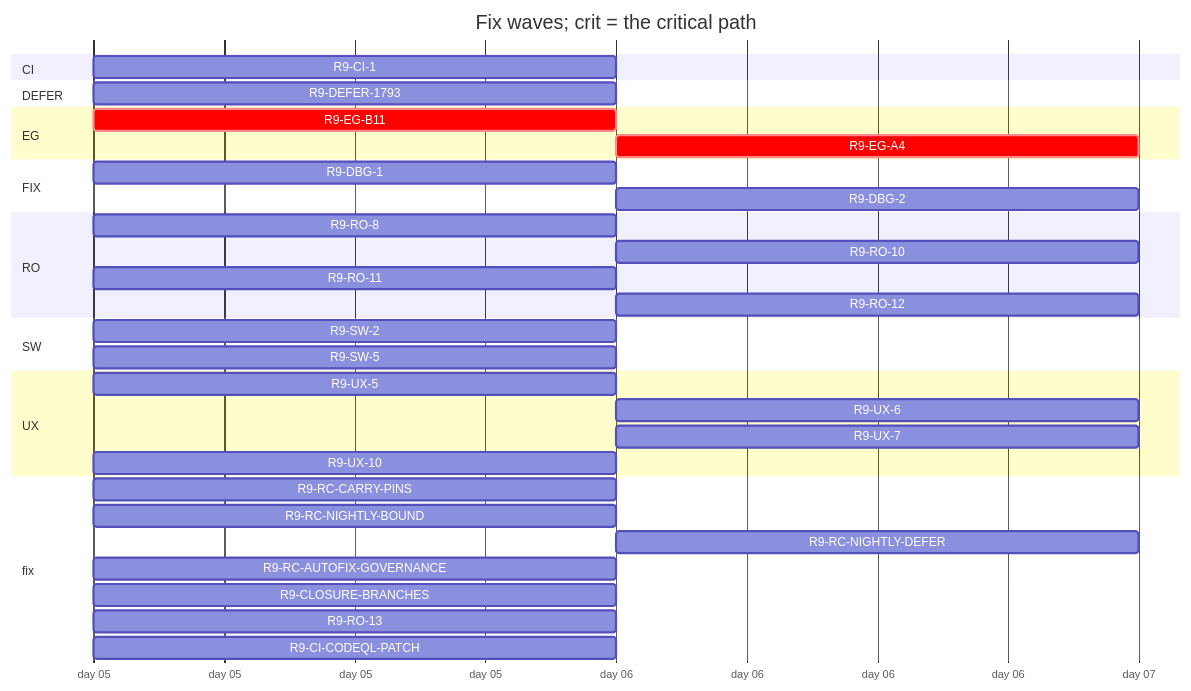
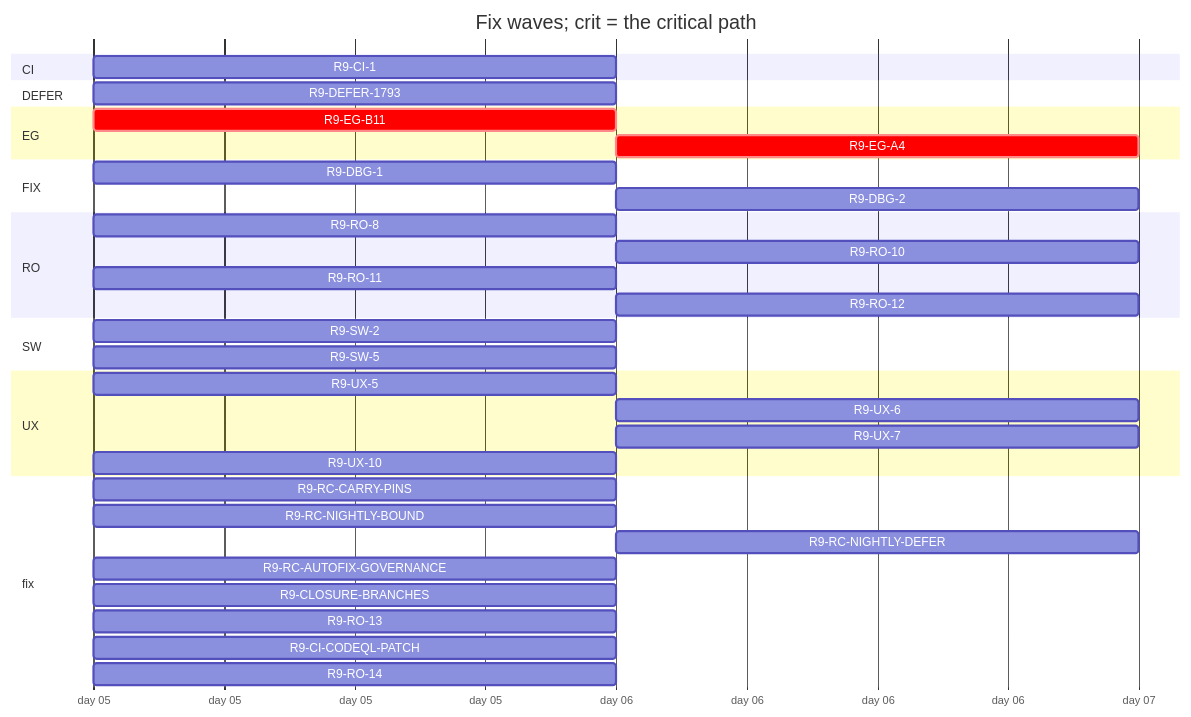
The diagram in handoff/round9/state/PLAN-TABLE.md (tvofi/heatpump_optimizer), drawn with Mermaid before and after one commit. The commit also changed other lines of this file and 2 other files, not shown here.

````diff
--- a/handoff/round9/state/PLAN-TABLE.md
+++ b/handoff/round9/state/PLAN-TABLE.md
@@ -21,37 +21,38 @@
 ```mermaid
 gantt
   title Fix waves; crit = the critical path
   dateFormat YYYY-MM-DD
   axisFormat day %d
   section CI
     R9-CI-1 :r9CI1, 2026-01-05, 1d
   section DEFER
     R9-DEFER-1793 :r9DEFER1793, 2026-01-05, 1d
   section EG
     R9-EG-B11 :crit, r9EGB11, 2026-01-05, 1d
     R9-EG-A4 :crit, r9EGA4, after r9EGB11, 1d
   section FIX
     R9-DBG-1 :r9DBG1, 2026-01-05, 1d
     R9-DBG-2 :r9DBG2, after r9DBG1, 1d
   section RO
     R9-RO-8 :r9RO8, 2026-01-05, 1d
     R9-RO-10 :r9RO10, after r9RO8, 1d
     R9-RO-11 :r9RO11, 2026-01-05, 1d
     R9-RO-12 :r9RO12, after r9CI1, 1d
   section SW
     R9-SW-2 :r9SW2, 2026-01-05, 1d
     R9-SW-5 :r9SW5, 2026-01-05, 1d
   section UX
     R9-UX-5 :r9UX5, 2026-01-05, 1d
     R9-UX-6 :r9UX6, after r9EGB11 r9UX5, 1d
     R9-UX-7 :r9UX7, after r9EGB11 r9UX5, 1d
     R9-UX-10 :r9UX10, 2026-01-05, 1d
   section fix
     R9-RC-CARRY-PINS :r9RCCARRYPINS, 2026-01-05, 1d
     R9-RC-NIGHTLY-BOUND :r9RCNIGHTLYBOUND, 2026-01-05, 1d
     R9-RC-NIGHTLY-DEFER :r9RCNIGHTLYDEFER, after r9RCNIGHTLYBOUND, 1d
     R9-RC-AUTOFIX-GOVERNANCE :r9RCAUTOFIXGOVERNANCE, 2026-01-05, 1d
     R9-CLOSURE-BRANCHES :r9CLOSUREBRANCHES, 2026-01-05, 1d
     R9-RO-13 :r9RO13, 2026-01-05, 1d
     R9-CI-CODEQL-PATCH :r9CICODEQLPATCH, 2026-01-05, 1d
+    R9-RO-14 :r9RO14, 2026-01-05, 1d
 ```
````
